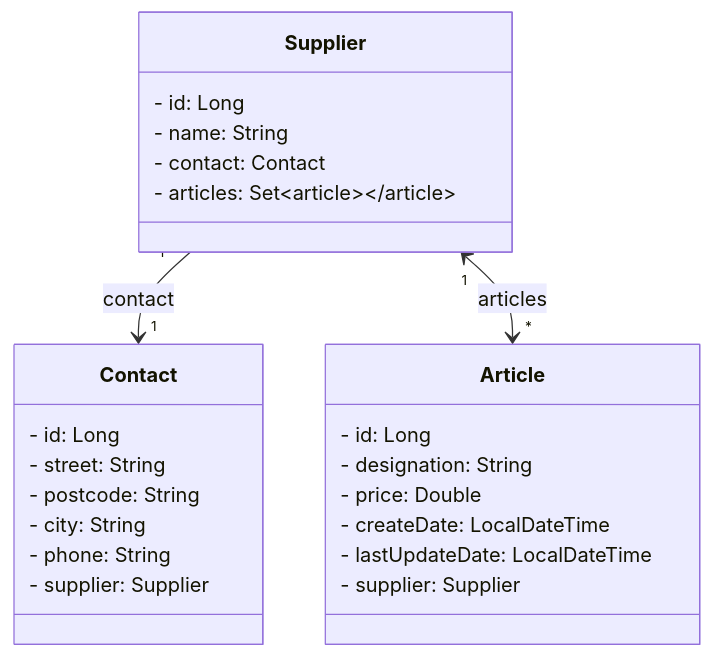
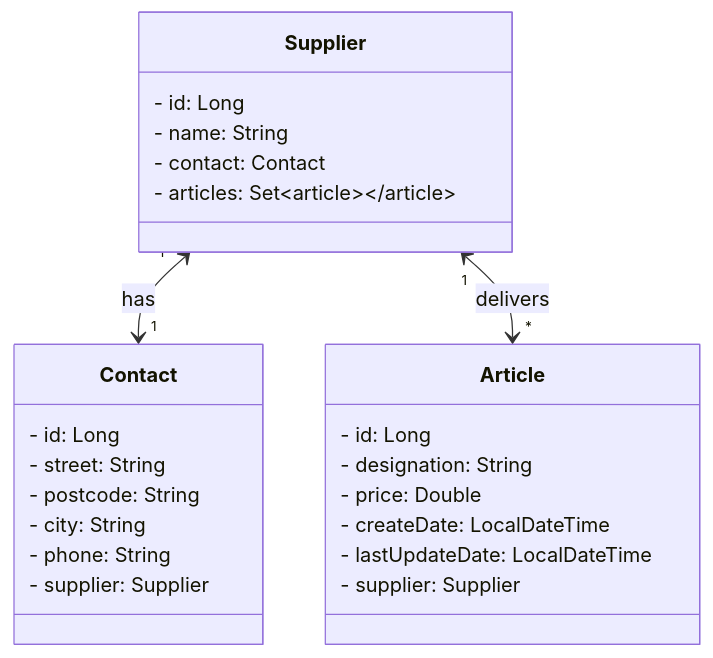
One commit to FA-Team-SZUT/LF8_webshop_tutorial changed the diagram in docs/index.md. Above: the diagram before and after it, drawn with Mermaid. The commit also changed 2 other files, not shown here.

````diff
--- a/docs/index.md
+++ b/docs/index.md
@@ -27,30 +27,30 @@
 ```mermaid
 classDiagram
     class Supplier {
         - id: Long
         - name: String
         - contact: Contact
         - articles: Set<Article>
     }
 
     class Contact {
         - id: Long
         - street: String
         - postcode: String
         - city: String
         - phone: String
         - supplier: Supplier
     }
 
     class Article {
         - id: Long
         - designation: String
         - price: Double
         - createDate: LocalDateTime
         - lastUpdateDate: LocalDateTime
         - supplier: Supplier
     }
 
-    Supplier "1" --> "1" Contact : contact
-    Supplier "1" <--> "*" Article : articles
+    Supplier "1" <--> "1" Contact : has
+    Supplier "1" <--> "*" Article : delivers
 ```
````
